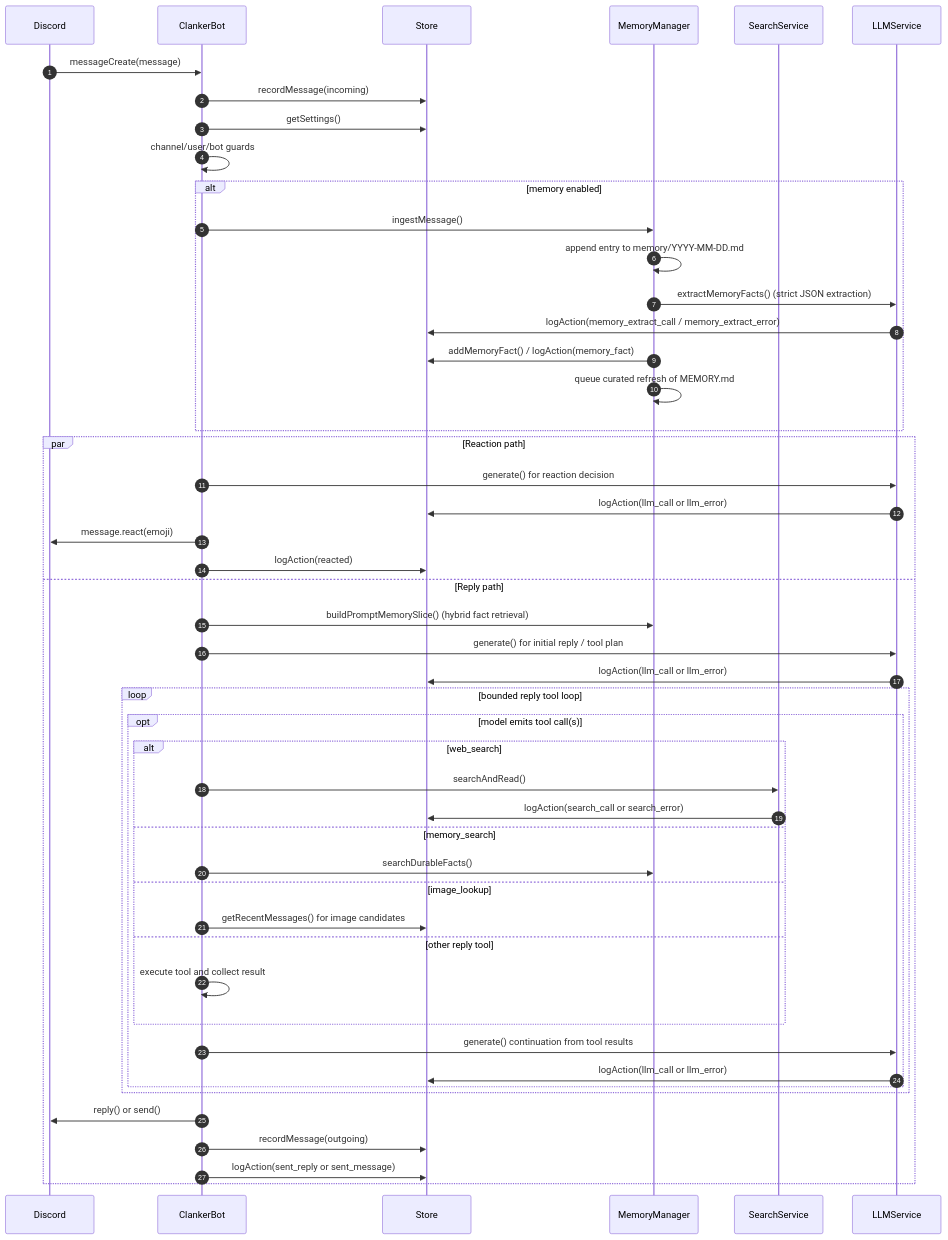
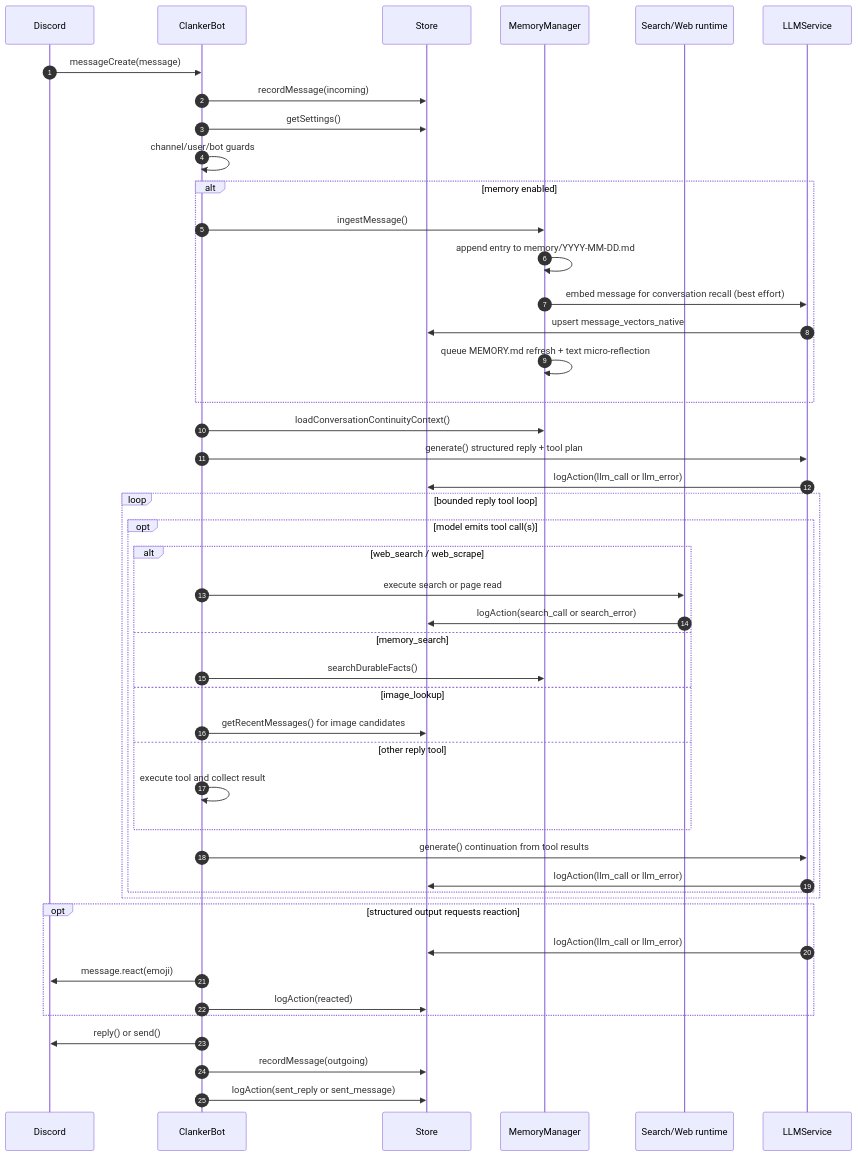
The diagram in docs/diagrams/message-event-flow.mmd (Volpestyle/clanker_conk), drawn with Mermaid before and after one commit. The commit also changed 76 other files, not shown here.

```diff
--- a/docs/diagrams/message-event-flow.mmd
+++ b/docs/diagrams/message-event-flow.mmd
@@ -1,52 +1,51 @@
 sequenceDiagram
     autonumber
     participant Discord as Discord
     participant Bot as ClankerBot
     participant Store as Store
     participant Memory as MemoryManager
-    participant Search as SearchService
+    participant Search as Search/Web runtime
     participant LLM as LLMService
 
     Discord->>Bot: messageCreate(message)
     Bot->>Store: recordMessage(incoming)
     Bot->>Store: getSettings()
     Bot->>Bot: channel/user/bot guards
 
     alt memory enabled
       Bot->>Memory: ingestMessage()
       Memory->>Memory: append entry to memory/YYYY-MM-DD.md
-      Memory->>LLM: extractMemoryFacts() (strict JSON extraction)
-      LLM->>Store: logAction(memory_extract_call / memory_extract_error)
-      Memory->>Store: addMemoryFact() / logAction(memory_fact)
-      Memory->>Memory: queue curated refresh of MEMORY.md
+      Memory->>LLM: embed message for conversation recall (best effort)
+      LLM->>Store: upsert message_vectors_native
+      Memory->>Memory: queue MEMORY.md refresh + text micro-reflection
     end
 
-    par Reaction path
-      Bot->>LLM: generate() for reaction decision
+    Bot->>Memory: loadConversationContinuityContext()
+    Bot->>LLM: generate() structured reply + tool plan
+    LLM->>Store: logAction(llm_call or llm_error)
+    loop bounded reply tool loop
+      opt model emits tool call(s)
+        alt web_search / web_scrape
+          Bot->>Search: execute search or page read
+          Search->>Store: logAction(search_call or search_error)
+        else memory_search
+          Bot->>Memory: searchDurableFacts()
+        else image_lookup
+          Bot->>Store: getRecentMessages() for image candidates
+        else other reply tool
+          Bot->>Bot: execute tool and collect result
+        end
+        Bot->>LLM: generate() continuation from tool results
+        LLM->>Store: logAction(llm_call or llm_error)
+      end
+    end
+
+    opt structured output requests reaction
       LLM->>Store: logAction(llm_call or llm_error)
       Bot->>Discord: message.react(emoji)
       Bot->>Store: logAction(reacted)
-    and Reply path
-      Bot->>Memory: buildPromptMemorySlice() (hybrid fact retrieval)
-      Bot->>LLM: generate() for initial reply / tool plan
-      LLM->>Store: logAction(llm_call or llm_error)
-      loop bounded reply tool loop
-        opt model emits tool call(s)
-          alt web_search
-            Bot->>Search: searchAndRead()
-            Search->>Store: logAction(search_call or search_error)
-          else memory_search
-            Bot->>Memory: searchDurableFacts()
-          else image_lookup
-            Bot->>Store: getRecentMessages() for image candidates
-          else other reply tool
-            Bot->>Bot: execute tool and collect result
-          end
-          Bot->>LLM: generate() continuation from tool results
-          LLM->>Store: logAction(llm_call or llm_error)
-        end
-      end
-      Bot->>Discord: reply() or send()
-      Bot->>Store: recordMessage(outgoing)
-      Bot->>Store: logAction(sent_reply or sent_message)
     end
+
+    Bot->>Discord: reply() or send()
+    Bot->>Store: recordMessage(outgoing)
+    Bot->>Store: logAction(sent_reply or sent_message)
```
